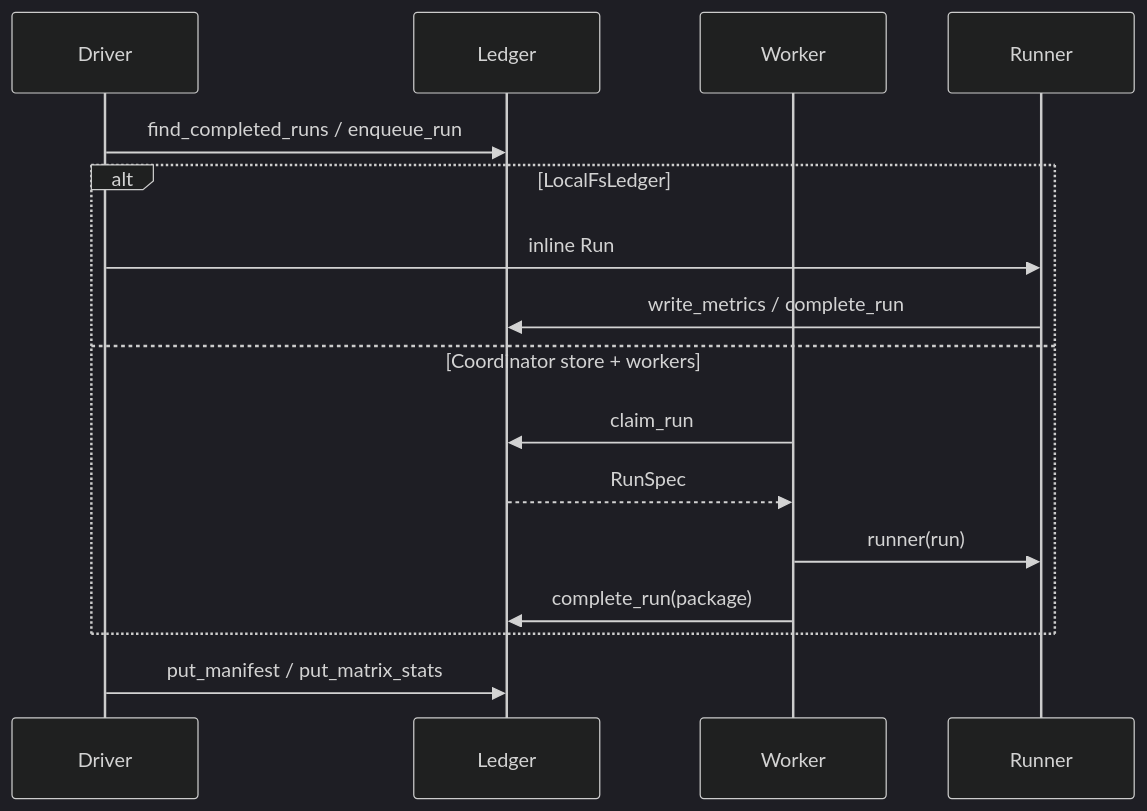
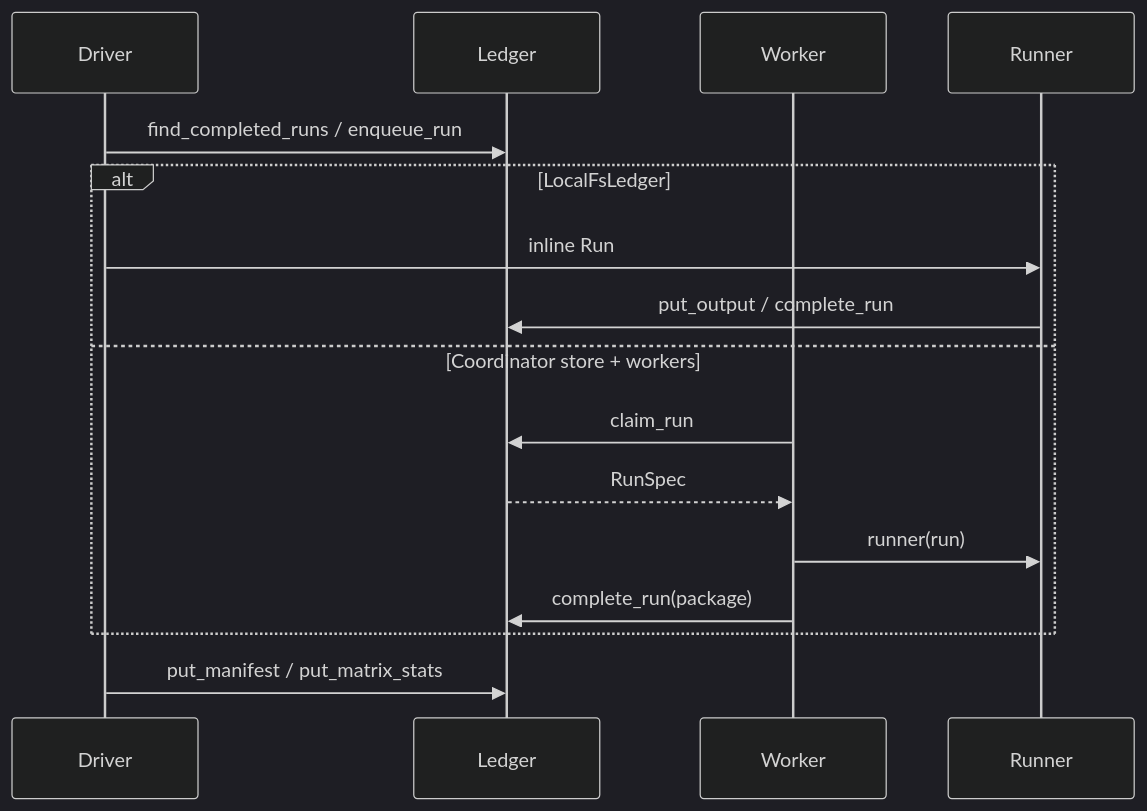
Before and after one commit to Dev-DanielR/bench-run: the first of 3 diagrams in docs/ledger.md, drawn with Mermaid (dark theme). The commit also changed other lines of this file and 68 other files, not shown here.

````diff
--- a/docs/ledger.md
+++ b/docs/ledger.md
@@ -18,19 +18,19 @@
 ```mermaid
 sequenceDiagram
     participant Driver
     participant Ledger
     participant Worker
     participant Runner
 
     Driver->>Ledger: find_completed_runs / enqueue_run
     alt LocalFsLedger
         Driver->>Runner: inline Run
-        Runner->>Ledger: write_metrics / complete_run
+        Runner->>Ledger: put_output / complete_run
     else Coordinator store + workers
         Worker->>Ledger: claim_run
         Ledger-->>Worker: RunSpec
         Worker->>Runner: runner(run)
         Worker->>Ledger: complete_run(package)
     end
     Driver->>Ledger: put_manifest / put_matrix_stats
 ```
````
